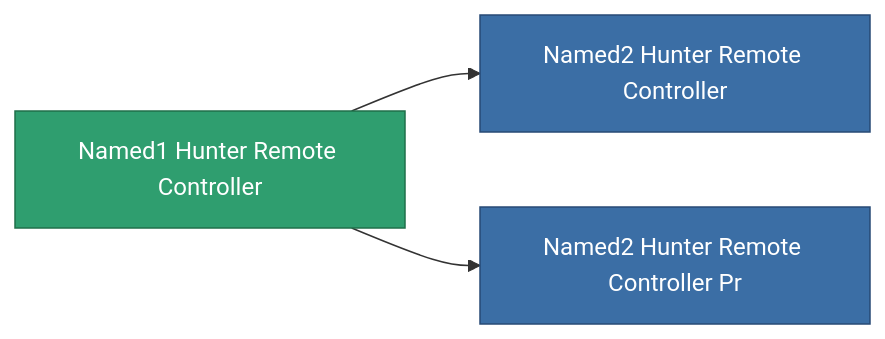
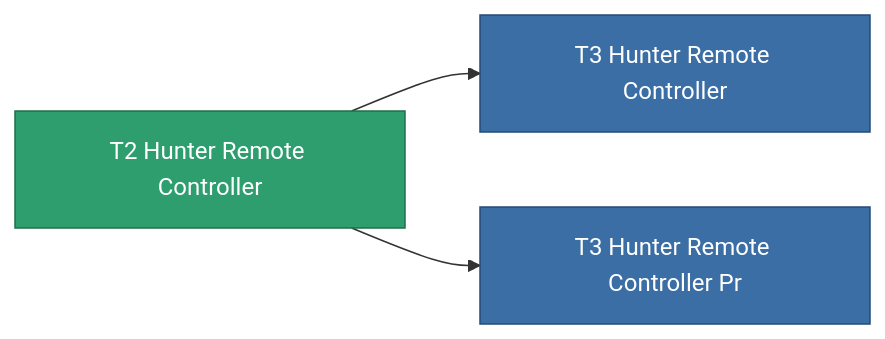
One commit to OpenPerpetuum/Wiki changed the diagram in content/content/items/named1_hunter_remote_controller.md. Above: the diagram before and after it, drawn with Mermaid. The commit also changed other lines of this file and 4904 other files, not shown here.

````diff
--- a/content/content/items/named1_hunter_remote_controller.md
+++ b/content/content/items/named1_hunter_remote_controller.md
@@ -65,13 +51,13 @@
 ```mermaid
 graph LR
-    a["Named1 Hunter Remote Controller"]:::current
-    b["Named2 Hunter Remote Controller"]:::prod
+    a["T2 Hunter Remote Controller"]:::current
+    b["T3 Hunter Remote Controller"]:::prod
     a --> b
-    click b "/content/items/named2-hunter-remote-controller/" "Named2 Hunter Remote Controller"
-    c["Named2 Hunter Remote Controller Pr"]:::prod
+    click b "/content/items/named2-hunter-remote-controller/" "T3 Hunter Remote Controller"
+    c["T3 Hunter Remote Controller Pr"]:::prod
     a --> c
-    click c "/content/items/named2-hunter-remote-controller-pr/" "Named2 Hunter Remote Controller Pr"
+    click c "/content/items/named2-hunter-remote-controller-pr/" "T3 Hunter Remote Controller Pr"
     classDef current fill:#2f9e6f,stroke:#1f6f4a,color:#ffffff
     classDef prod fill:#3b6ea5,stroke:#274a75,color:#ffffff
     classDef more fill:#39445a,stroke:#54658a,color:#d5dbe8
 ```
````
